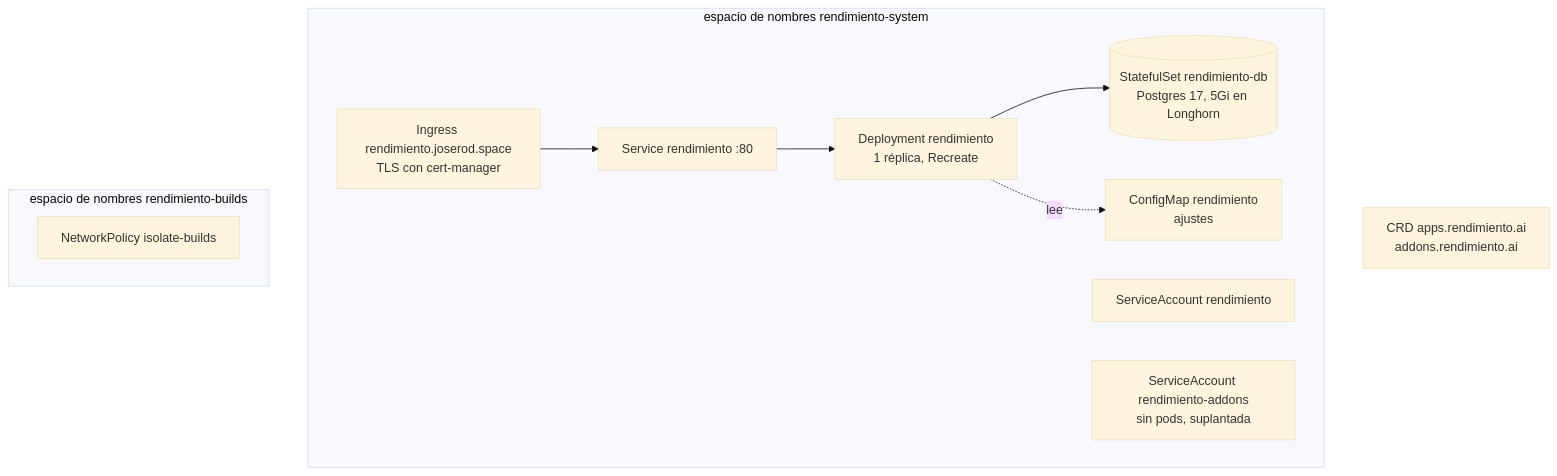
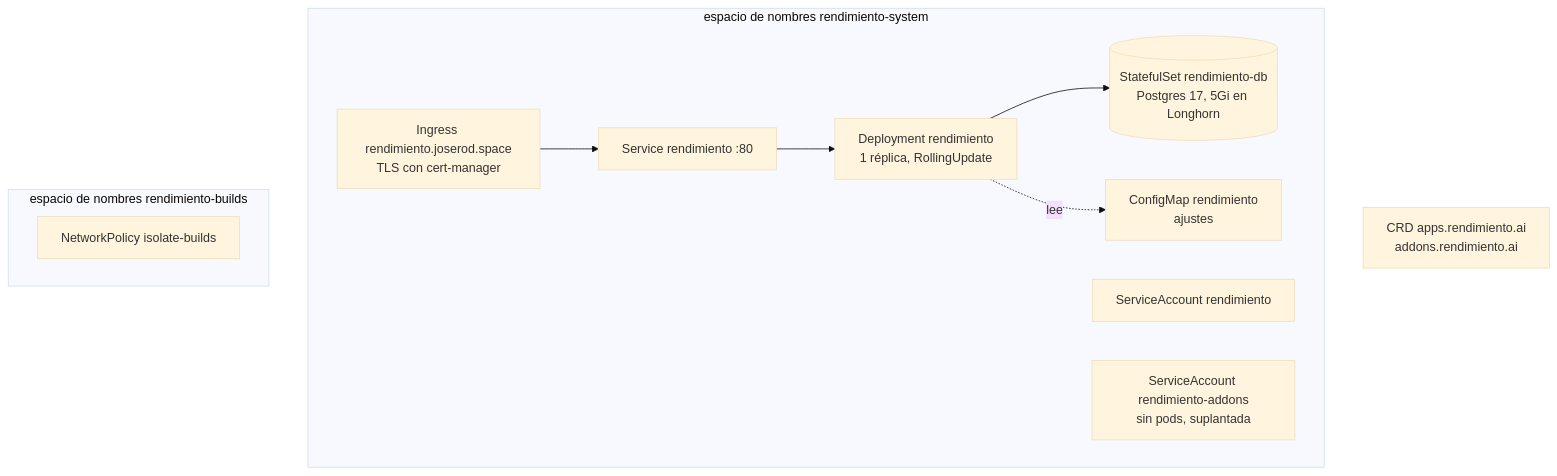
The first of 2 diagrams in docs/content/environment/deploy.es.md (p0dxD/rendimiento.ai), drawn with Mermaid (base theme) before and after one commit. The commit also changed other lines of this file and 22 other files, not shown here.

````diff
--- a/docs/content/environment/deploy.es.md
+++ b/docs/content/environment/deploy.es.md
@@ -37,18 +37,18 @@
 ```mermaid
 flowchart TB
     subgraph rs[espacio de nombres rendimiento-system]
-        dep[Deployment rendimiento<br/>1 réplica, Recreate]
+        dep[Deployment rendimiento<br/>1 réplica, RollingUpdate]
         svc[Service rendimiento :80]
         ing[Ingress rendimiento.joserod.space<br/>TLS con cert-manager]
         db[(StatefulSet rendimiento-db<br/>Postgres 17, 5Gi en Longhorn)]
         cm[ConfigMap rendimiento<br/>ajustes]
         sa[ServiceAccount rendimiento]
         sa2[ServiceAccount rendimiento-addons<br/>sin pods, suplantada]
     end
     subgraph rb[espacio de nombres rendimiento-builds]
         np[NetworkPolicy isolate-builds]
     end
     crds[CRD apps.rendimiento.ai<br/>addons.rendimiento.ai]
     ing --> svc --> dep --> db
     dep -. lee .-> cm
 ```
````
